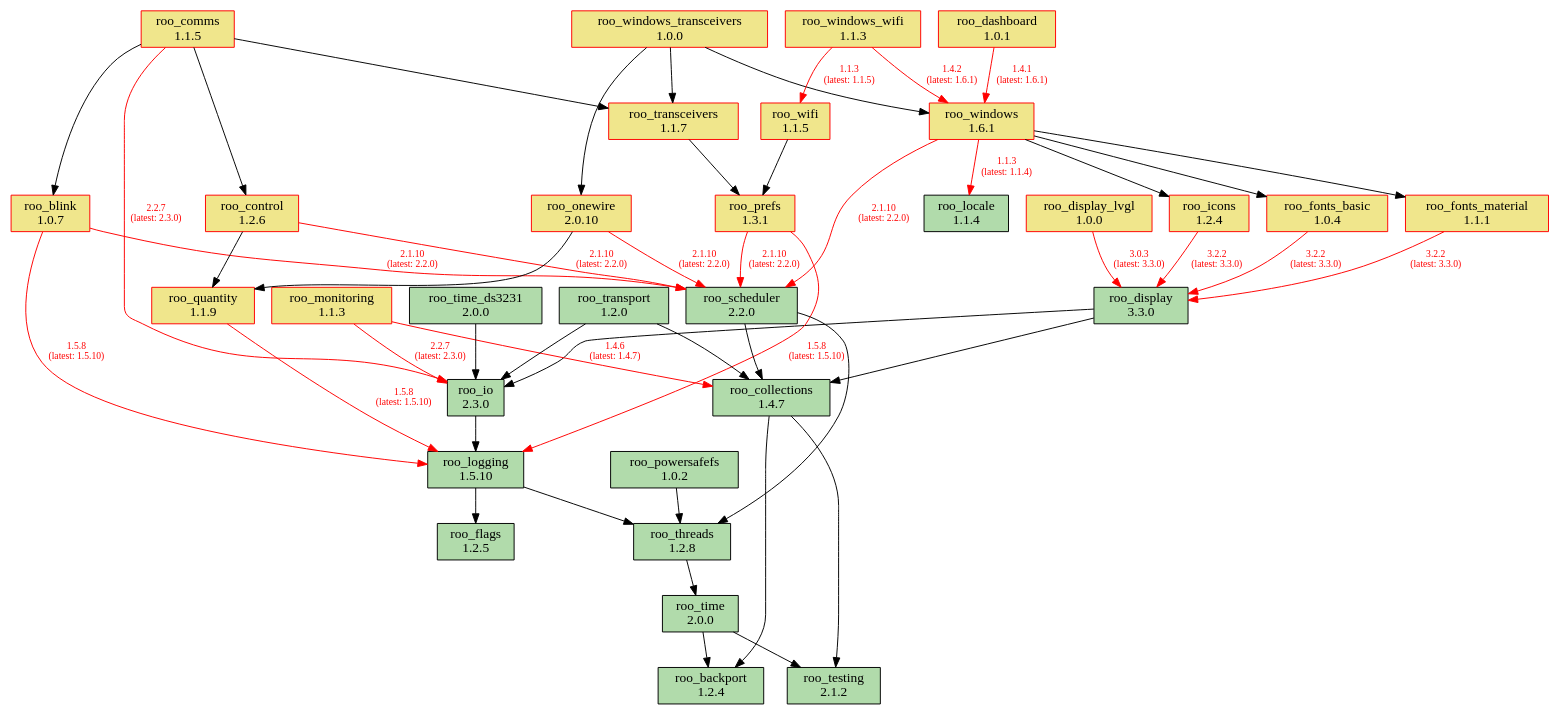
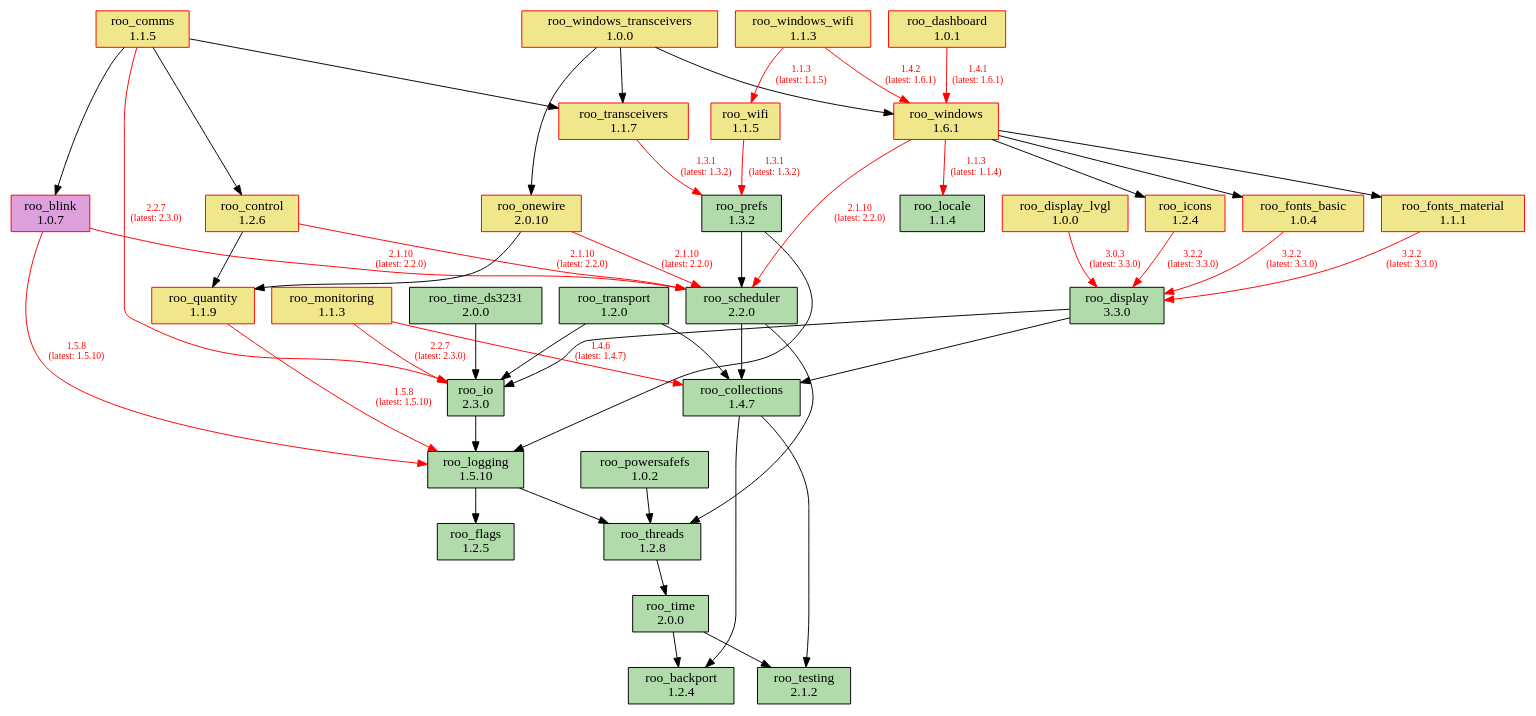
The diagram in doc/dependencies.dot (dejwk/roo-registry), drawn with Graphviz before and after one commit. The commit also changed 3 other files, not shown here.

Commit message:
Added roo_prefs 1.3.2 to the registry.

```diff
--- a/doc/dependencies.dot
+++ b/doc/dependencies.dot
@@ -1,88 +1,88 @@
 digraph dependencies {
     rankdir=TB;
     node [shape=box, style=filled];
     edge [fontsize=10];
 
     // Modules
     "roo_backport" [label="roo_backport\n1.2.4", fillcolor="#b1dbab", color="black"];
-    "roo_blink" [label="roo_blink\n1.0.7", fillcolor="khaki", color="red"];
+    "roo_blink" [label="roo_blink\n1.0.7", fillcolor="plum", color="red"];
     "roo_collections" [label="roo_collections\n1.4.7", fillcolor="#b1dbab", color="black"];
     "roo_comms" [label="roo_comms\n1.1.5", fillcolor="khaki", color="red"];
     "roo_control" [label="roo_control\n1.2.6", fillcolor="khaki", color="red"];
     "roo_dashboard" [label="roo_dashboard\n1.0.1", fillcolor="khaki", color="red"];
     "roo_display" [label="roo_display\n3.3.0", fillcolor="#b1dbab", color="black"];
     "roo_display_lvgl" [label="roo_display_lvgl\n1.0.0", fillcolor="khaki", color="red"];
     "roo_flags" [label="roo_flags\n1.2.5", fillcolor="#b1dbab", color="black"];
     "roo_fonts_basic" [label="roo_fonts_basic\n1.0.4", fillcolor="khaki", color="red"];
     "roo_fonts_material" [label="roo_fonts_material\n1.1.1", fillcolor="khaki", color="red"];
     "roo_icons" [label="roo_icons\n1.2.4", fillcolor="khaki", color="red"];
     "roo_io" [label="roo_io\n2.3.0", fillcolor="#b1dbab", color="black"];
     "roo_locale" [label="roo_locale\n1.1.4", fillcolor="#b1dbab", color="black"];
     "roo_logging" [label="roo_logging\n1.5.10", fillcolor="#b1dbab", color="black"];
     "roo_monitoring" [label="roo_monitoring\n1.1.3", fillcolor="khaki", color="red"];
     "roo_onewire" [label="roo_onewire\n2.0.10", fillcolor="khaki", color="red"];
     "roo_powersafefs" [label="roo_powersafefs\n1.0.2", fillcolor="#b1dbab", color="black"];
-    "roo_prefs" [label="roo_prefs\n1.3.1", fillcolor="khaki", color="red"];
+    "roo_prefs" [label="roo_prefs\n1.3.2", fillcolor="#b1dbab", color="black"];
     "roo_quantity" [label="roo_quantity\n1.1.9", fillcolor="khaki", color="red"];
     "roo_scheduler" [label="roo_scheduler\n2.2.0", fillcolor="#b1dbab", color="black"];
     "roo_testing" [label="roo_testing\n2.1.2", fillcolor="#b1dbab", color="black"];
     "roo_threads" [label="roo_threads\n1.2.8", fillcolor="#b1dbab", color="black"];
     "roo_time" [label="roo_time\n2.0.0", fillcolor="#b1dbab", color="black"];
     "roo_time_ds3231" [label="roo_time_ds3231\n2.0.0", fillcolor="#b1dbab", color="black"];
     "roo_transceivers" [label="roo_transceivers\n1.1.7", fillcolor="khaki", color="red"];
     "roo_transport" [label="roo_transport\n1.2.0", fillcolor="#b1dbab", color="black"];
     "roo_wifi" [label="roo_wifi\n1.1.5", fillcolor="khaki", color="red"];
     "roo_windows" [label="roo_windows\n1.6.1", fillcolor="khaki", color="red"];
     "roo_windows_transceivers" [label="roo_windows_transceivers\n1.0.0", fillcolor="khaki", color="red"];
     "roo_windows_wifi" [label="roo_windows_wifi\n1.1.3", fillcolor="khaki", color="red"];
 
     // Dependencies
     "roo_blink" -> "roo_logging" [color=red, fontcolor=red, label="1.5.8\n(latest: 1.5.10)"];
     "roo_blink" -> "roo_scheduler" [color=red, fontcolor=red, label="2.1.10\n(latest: 2.2.0)"];
     "roo_collections" -> "roo_testing";
     "roo_collections" -> "roo_backport";
     "roo_comms" -> "roo_blink";
     "roo_comms" -> "roo_control";
     "roo_comms" -> "roo_io" [color=red, fontcolor=red, label="2.2.7\n(latest: 2.3.0)"];
     "roo_comms" -> "roo_transceivers";
     "roo_control" -> "roo_quantity";
     "roo_control" -> "roo_scheduler" [color=red, fontcolor=red, label="2.1.10\n(latest: 2.2.0)"];
     "roo_dashboard" -> "roo_windows" [color=red, fontcolor=red, label="1.4.1\n(latest: 1.6.1)"];
     "roo_display" -> "roo_collections";
     "roo_display" -> "roo_io";
     "roo_display_lvgl" -> "roo_display" [color=red, fontcolor=red, label="3.0.3\n(latest: 3.3.0)"];
     "roo_fonts_basic" -> "roo_display" [color=red, fontcolor=red, label="3.2.2\n(latest: 3.3.0)"];
     "roo_fonts_material" -> "roo_display" [color=red, fontcolor=red, label="3.2.2\n(latest: 3.3.0)"];
     "roo_icons" -> "roo_display" [color=red, fontcolor=red, label="3.2.2\n(latest: 3.3.0)"];
     "roo_io" -> "roo_logging";
     "roo_logging" -> "roo_flags";
     "roo_logging" -> "roo_threads";
     "roo_monitoring" -> "roo_collections" [color=red, fontcolor=red, label="1.4.6\n(latest: 1.4.7)"];
     "roo_monitoring" -> "roo_io" [color=red, fontcolor=red, label="2.2.7\n(latest: 2.3.0)"];
     "roo_onewire" -> "roo_scheduler" [color=red, fontcolor=red, label="2.1.10\n(latest: 2.2.0)"];
     "roo_onewire" -> "roo_quantity";
     "roo_powersafefs" -> "roo_threads";
-    "roo_prefs" -> "roo_logging" [color=red, fontcolor=red, label="1.5.8\n(latest: 1.5.10)"];
-    "roo_prefs" -> "roo_scheduler" [color=red, fontcolor=red, label="2.1.10\n(latest: 2.2.0)"];
+    "roo_prefs" -> "roo_logging";
+    "roo_prefs" -> "roo_scheduler";
     "roo_quantity" -> "roo_logging" [color=red, fontcolor=red, label="1.5.8\n(latest: 1.5.10)"];
     "roo_scheduler" -> "roo_collections";
     "roo_scheduler" -> "roo_threads";
     "roo_threads" -> "roo_time";
     "roo_time" -> "roo_testing";
     "roo_time" -> "roo_backport";
     "roo_time_ds3231" -> "roo_io";
-    "roo_transceivers" -> "roo_prefs";
+    "roo_transceivers" -> "roo_prefs" [color=red, fontcolor=red, label="1.3.1\n(latest: 1.3.2)"];
     "roo_transport" -> "roo_collections";
     "roo_transport" -> "roo_io";
-    "roo_wifi" -> "roo_prefs";
+    "roo_wifi" -> "roo_prefs" [color=red, fontcolor=red, label="1.3.1\n(latest: 1.3.2)"];
     "roo_windows" -> "roo_fonts_basic";
     "roo_windows" -> "roo_fonts_material";
     "roo_windows" -> "roo_locale" [color=red, fontcolor=red, label="1.1.3\n(latest: 1.1.4)"];
     "roo_windows" -> "roo_icons";
     "roo_windows" -> "roo_scheduler" [color=red, fontcolor=red, label="2.1.10\n(latest: 2.2.0)"];
     "roo_windows_transceivers" -> "roo_onewire";
     "roo_windows_transceivers" -> "roo_transceivers";
     "roo_windows_transceivers" -> "roo_windows";
     "roo_windows_wifi" -> "roo_wifi" [color=red, fontcolor=red, label="1.1.3\n(latest: 1.1.5)"];
     "roo_windows_wifi" -> "roo_windows" [color=red, fontcolor=red, label="1.4.2\n(latest: 1.6.1)"];
 }
```
